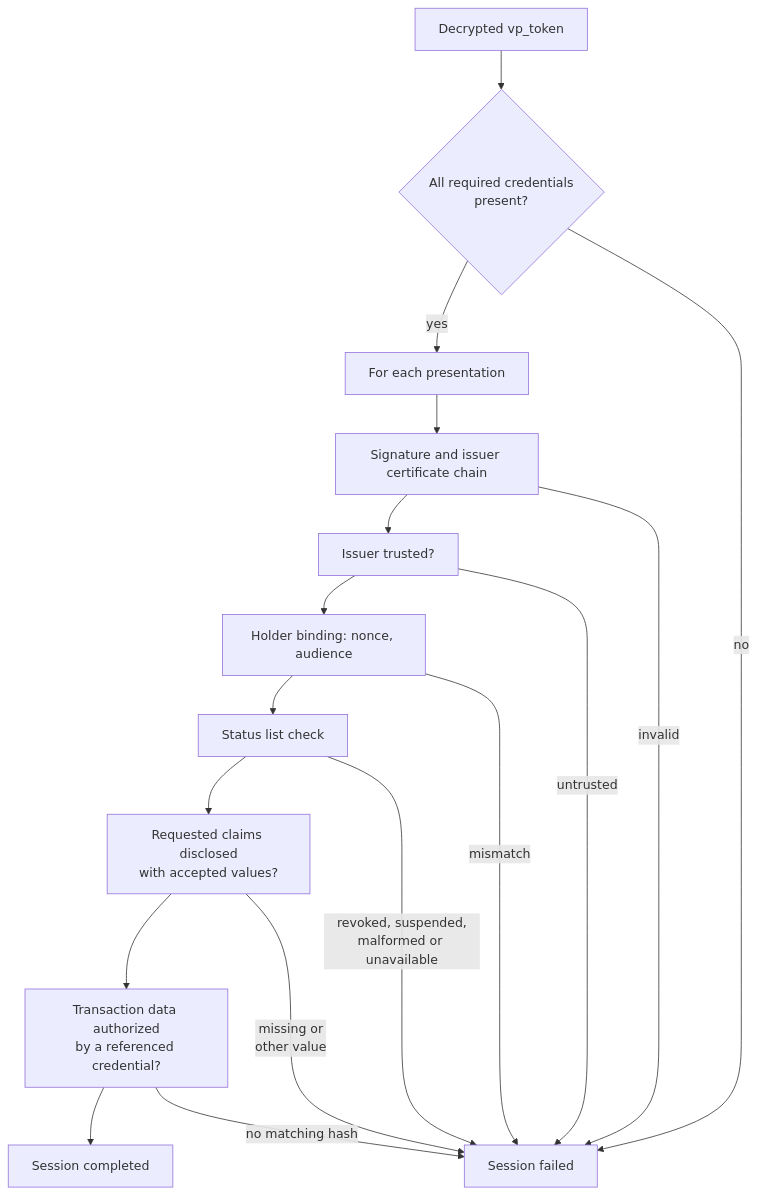
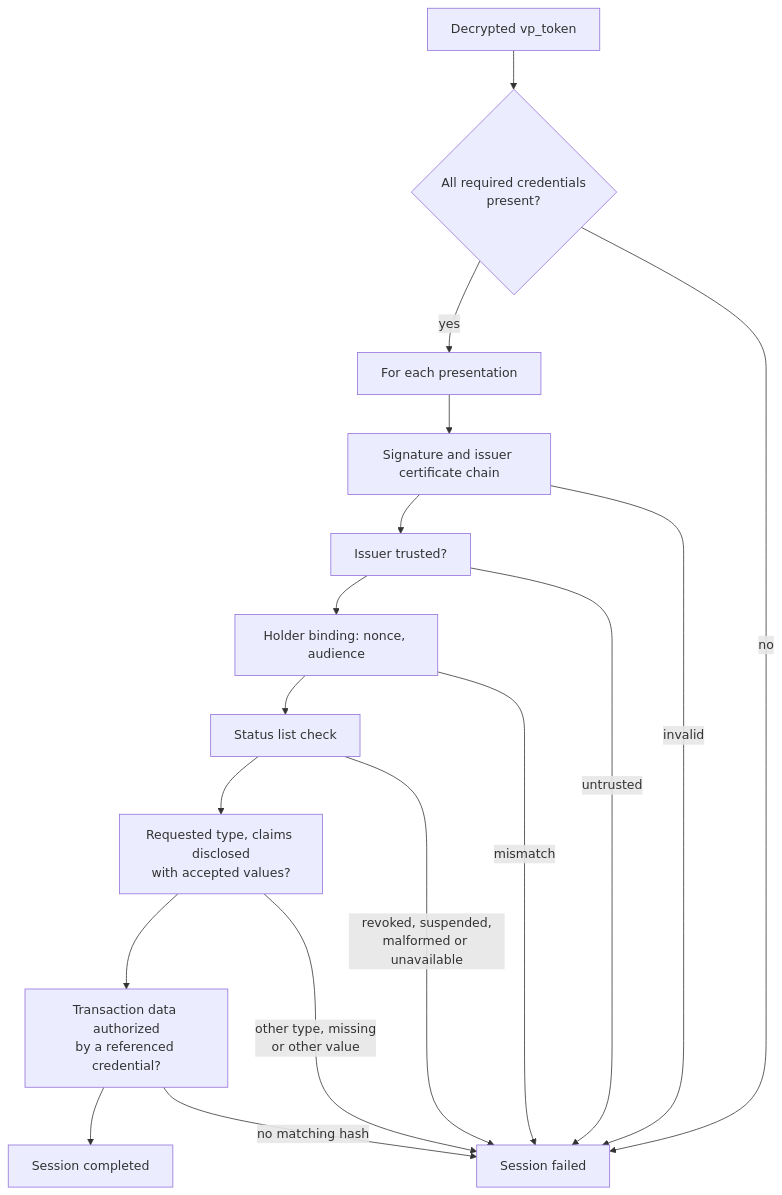
The second of 3 diagrams in apps/docs/docs/concepts/presentation.md (EUDIPLO/eudiplo), drawn with Mermaid before and after one commit. The commit also changed other lines of this file and 25 other files, not shown here.

````diff
--- a/apps/docs/docs/concepts/presentation.md
+++ b/apps/docs/docs/concepts/presentation.md
@@ -98,19 +98,19 @@
 ```mermaid
 flowchart TB
     R[Decrypted vp_token] --> C{All required credentials<br/>present?}
     C -->|yes| P[For each presentation]
     P --> S[Signature and issuer certificate chain]
     S --> T[Issuer trusted?]
     T --> H[Holder binding: nonce, audience]
     H --> X[Status list check]
-    X --> Q[Requested claims disclosed<br/>with accepted values?]
+    X --> Q[Requested type, claims disclosed<br/>with accepted values?]
     Q --> D[Transaction data authorized<br/>by a referenced credential?]
     D --> OK[Session completed]
     C -->|no| F[Session failed]
     S -->|invalid| F
     T -->|untrusted| F
     H -->|mismatch| F
     X -->|revoked, suspended,<br/>malformed or unavailable| F
-    Q -->|missing or<br/>other value| F
+    Q -->|other type, missing<br/>or other value| F
     D -->|no matching hash| F
 ```
````
